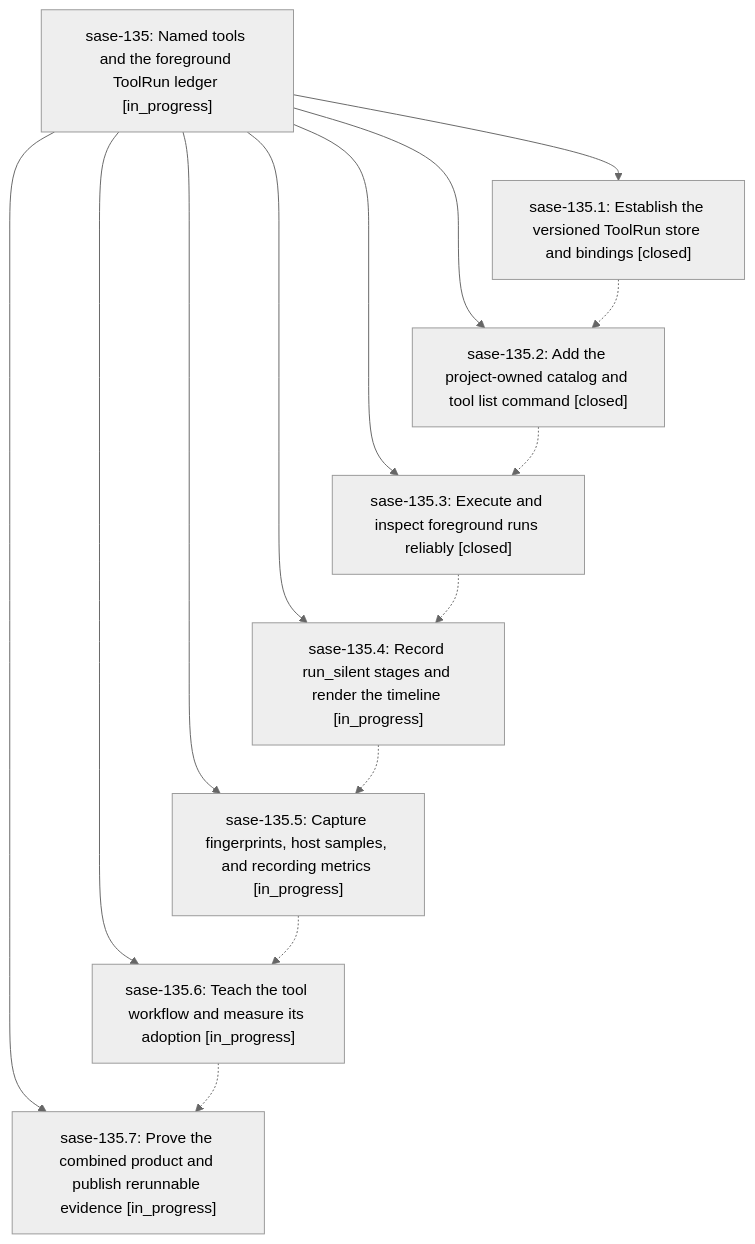
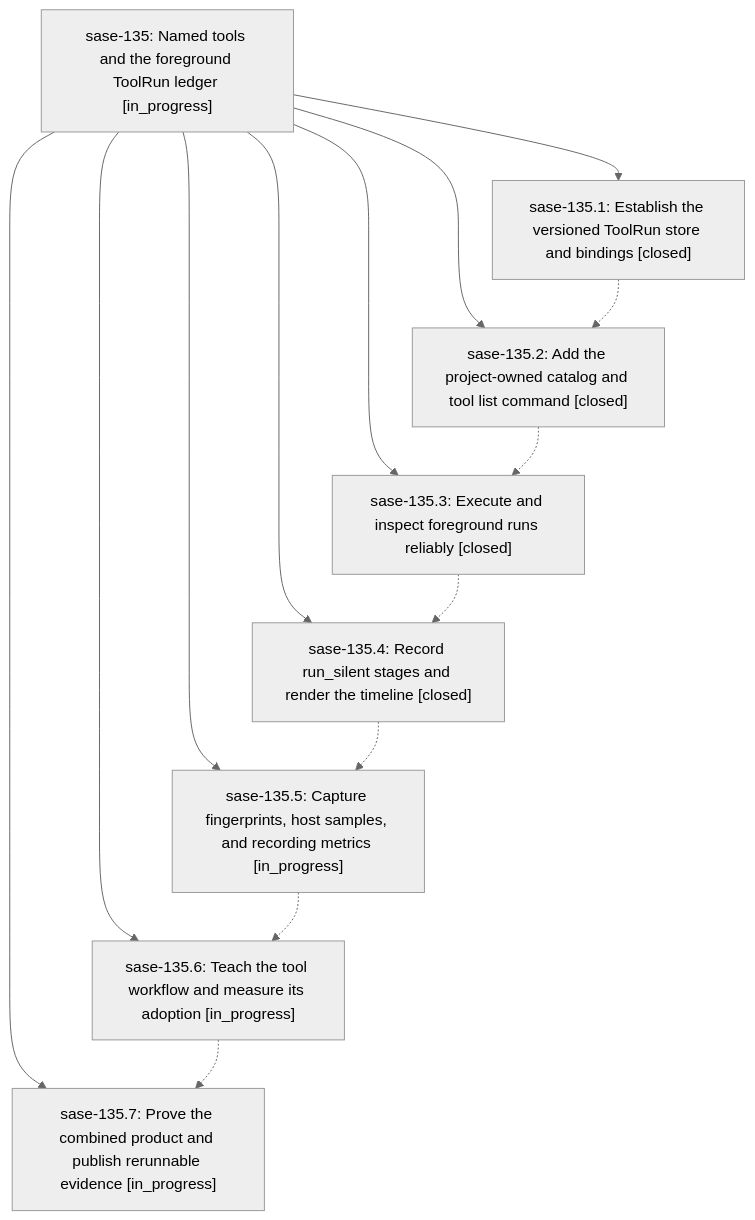
One commit to sase-org/sase--beads changed the diagram in pages/sase-135/README.md. Above: the diagram before and after it, drawn with Mermaid (neutral theme). The commit also changed other lines of this file and 3 other files, not shown here.

````diff
--- a/pages/sase-135/README.md
+++ b/pages/sase-135/README.md
@@ -40,24 +40,24 @@
 ```mermaid
 flowchart TD
     n0["sase-135: Named tools and the foreground ToolRun ledger [in_progress]"]
     n1["sase-135.1: Establish the versioned ToolRun store and bindings [closed]"]
     n2["sase-135.2: Add the project-owned catalog and tool list command [closed]"]
     n3["sase-135.3: Execute and inspect foreground runs reliably [closed]"]
-    n4["sase-135.4: Record run_silent stages and render the timeline [in_progress]"]
+    n4["sase-135.4: Record run_silent stages and render the timeline [closed]"]
     n5["sase-135.5: Capture fingerprints, host samples, and recording metrics [in_progress]"]
     n6["sase-135.6: Teach the tool workflow and measure its adoption [in_progress]"]
     n7["sase-135.7: Prove the combined product and publish rerunnable evidence [in_progress]"]
     n0 --> n1
     n0 --> n2
     n0 --> n3
     n0 --> n4
     n0 --> n5
     n0 --> n6
     n0 --> n7
     n1 -.-> n2
     n2 -.-> n3
     n3 -.-> n4
     n4 -.-> n5
     n5 -.-> n6
     n6 -.-> n7
 ```
````
